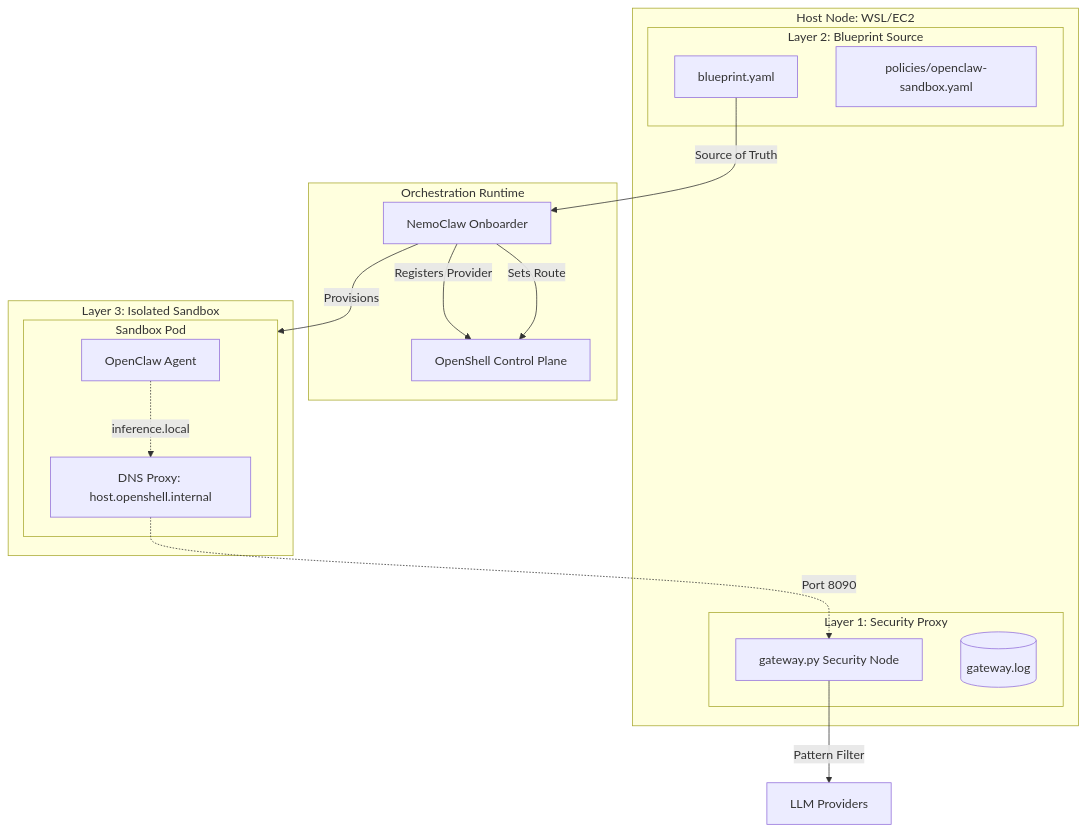
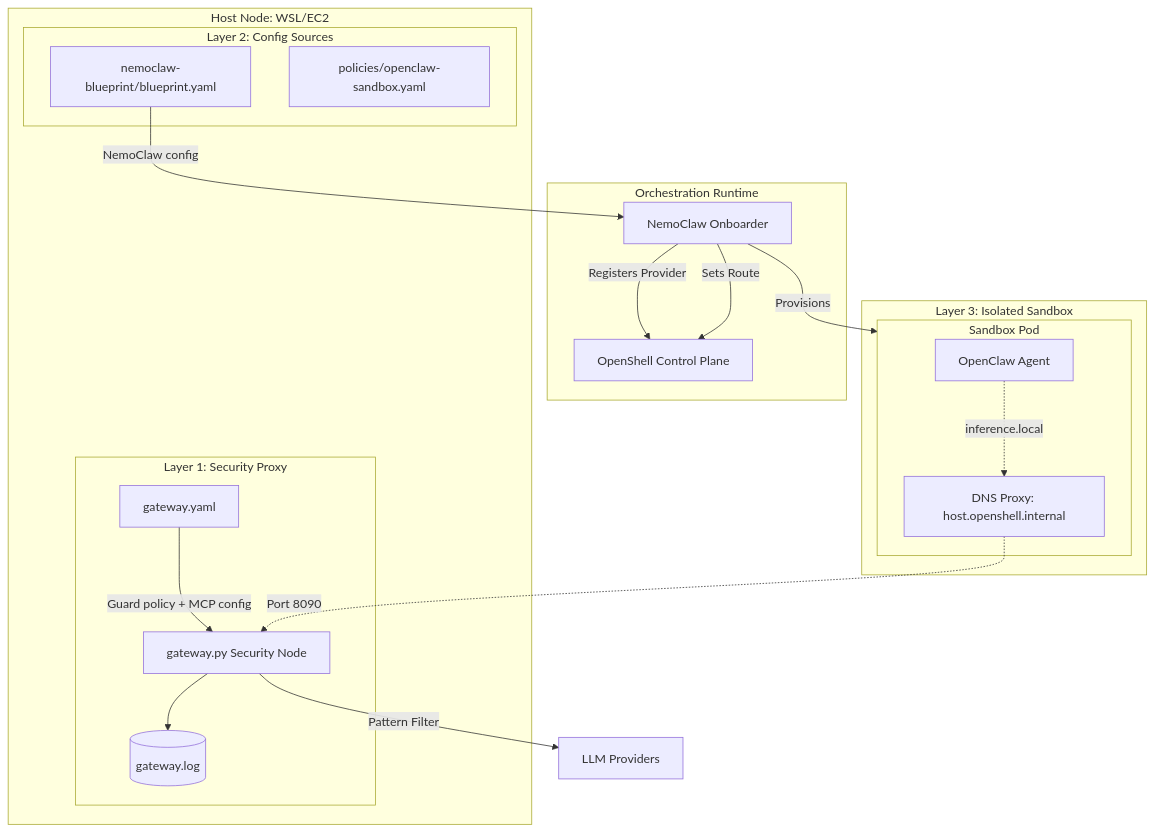
One commit to bforecast/openclaw-guard changed the second of 4 diagrams in implementation_plan.md. Above: the diagram before and after it, drawn with Mermaid. The commit also changed other lines of this file and 5 other files, not shown here.

````diff
--- a/implementation_plan.md
+++ b/implementation_plan.md
@@ -60,34 +60,37 @@
 ```mermaid
 flowchart TD
     subgraph Host [Host Node: WSL/EC2]
         subgraph Layer1 [Layer 1: Security Proxy]
             Gate[gateway.py Security Node]
             AuditLog[(gateway.log)]
+            GwCfg[gateway.yaml]
         end
-        subgraph Layer2 [Layer 2: Blueprint Source]
-            BP[blueprint.yaml]
+        subgraph Layer2 [Layer 2: Config Sources]
+            BP[nemoclaw-blueprint/blueprint.yaml]
             PolicyBP[policies/openclaw-sandbox.yaml]
         end
     end
 
     subgraph Runtime [Orchestration Runtime]
         Nemo[NemoClaw Onboarder]
         OShell[OpenShell Control Plane]
     end
 
     subgraph Layer3 [Layer 3: Isolated Sandbox]
         subgraph SB [Sandbox Pod]
             OC[OpenClaw Agent]
             DNS[DNS Proxy: host.openshell.internal]
         end
     end
 
-    BP -->|Source of Truth| Nemo
+    BP -->|NemoClaw config| Nemo
+    GwCfg -->|Guard policy + MCP config| Gate
     Nemo -->|Registers Provider| OShell
     Nemo -->|Sets Route| OShell
     Nemo -->|Provisions| SB
     
     OC -.->|inference.local| DNS
     DNS -.->|Port 8090| Gate
     Gate -->|Pattern Filter| External[LLM Providers]
+    Gate --> AuditLog
 ```
````
